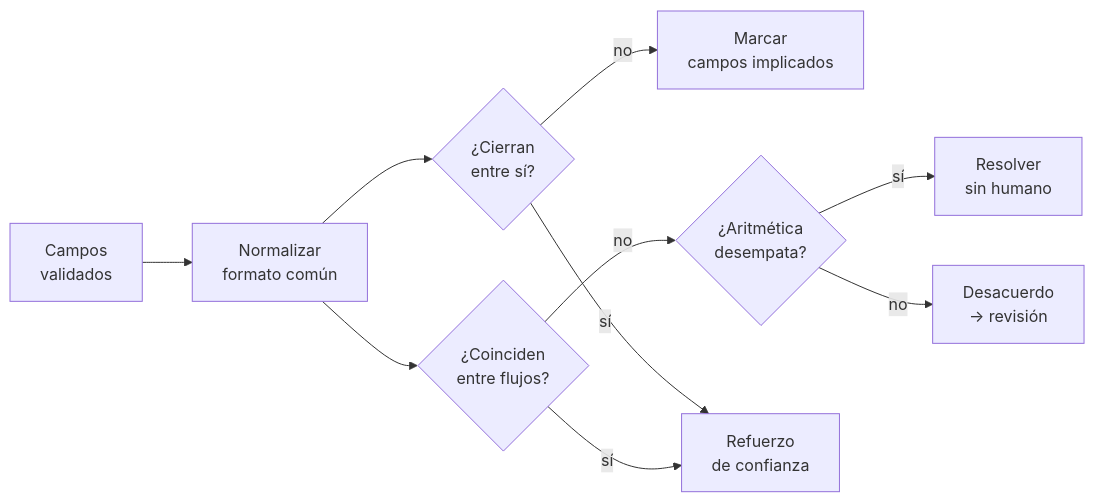
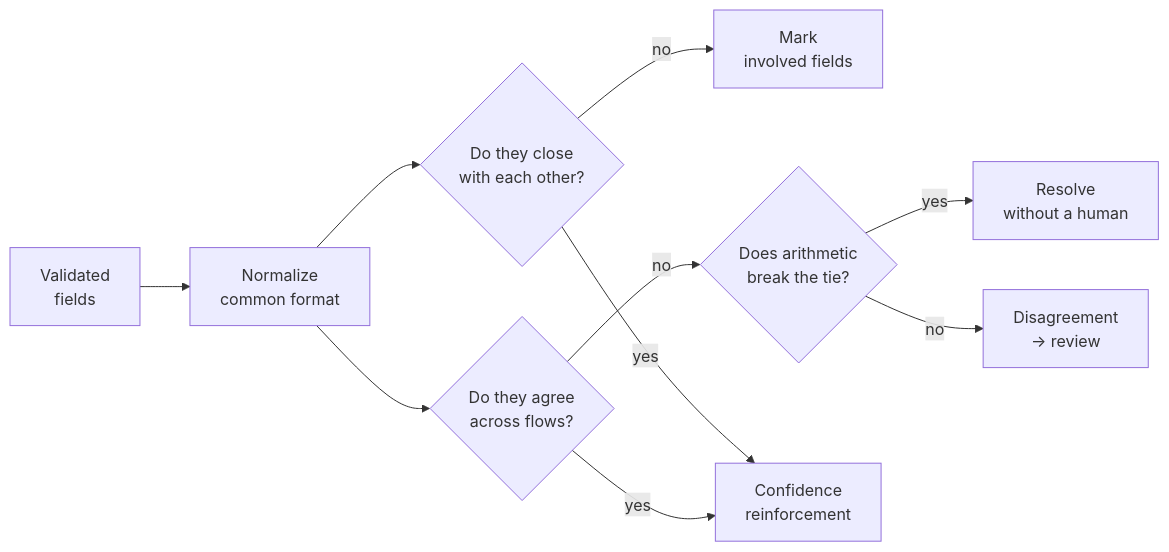
Before and after one commit to mariogarcia-ar/docflow: the ninth of 15 diagrams in README.md, drawn with Mermaid. The commit also changed other lines of this file, not shown here.

````diff
--- a/README.md
+++ b/README.md
@@ -328,12 +328,12 @@
 ```mermaid
 graph LR
-    A["Campos<br/>validados"] --> N["Normalizar<br/>formato común"]
-    N --> B{"¿Cierran<br/>entre sí?"}
-    N --> C{"¿Coinciden<br/>entre flujos?"}
-    B -->|"no"| D["Marcar<br/>campos implicados"]
-    C -->|"no"| G{"¿Aritmética<br/>desempata?"}
-    G -->|"sí"| H["Resolver<br/>sin humano"]
-    G -->|"no"| E["Desacuerdo<br/>→ revisión"]
-    B -->|"sí"| F["Refuerzo<br/>de confianza"]
-    C -->|"sí"| F
+    A["Validated<br/>fields"] --> N["Normalize<br/>common format"]
+    N --> B{"Do they close<br/>with each other?"}
+    N --> C{"Do they agree<br/>across flows?"}
+    B -->|"no"| D["Mark<br/>involved fields"]
+    C -->|"no"| G{"Does arithmetic<br/>break the tie?"}
+    G -->|"yes"| H["Resolve<br/>without a human"]
+    G -->|"no"| E["Disagreement<br/>→ review"]
+    B -->|"yes"| F["Confidence<br/>reinforcement"]
+    C -->|"yes"| F
 ```
````
